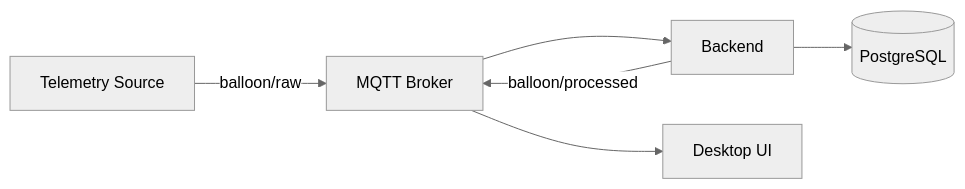
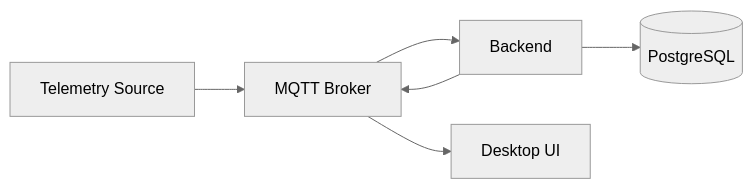
The diagram in README.md (Szmekowy/ground-station), drawn with Mermaid (neutral theme) before and after one commit.

Commit message:
Revise telemetry flowchart in README
Updated the flowchart syntax in the README to a newer format.

````diff
--- a/README.md
+++ b/README.md
@@ -27,8 +27,8 @@
 ```mermaid
-flowchart LR
-    source[Telemetry Source] -->|balloon/raw| broker[MQTT Broker]
-    broker --> backend[Backend]
-    backend --> database[(PostgreSQL)]
-    backend -->|balloon/processed| broker
-    broker --> ui[Desktop UI]
+graph LR
+    A[Telemetry Source] --> B[MQTT Broker]
+    B --> C[Backend]
+    C --> D[(PostgreSQL)]
+    C --> B
+    B --> E[Desktop UI]
 ```
````
